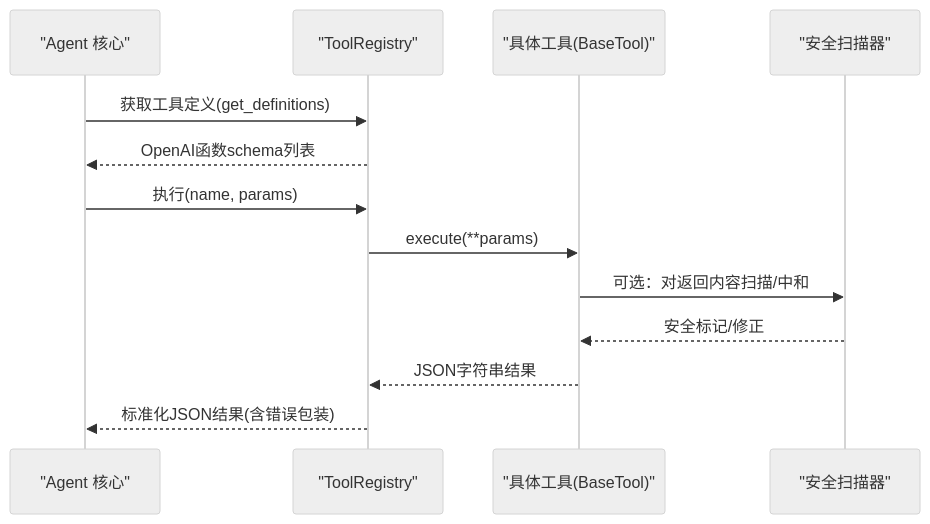
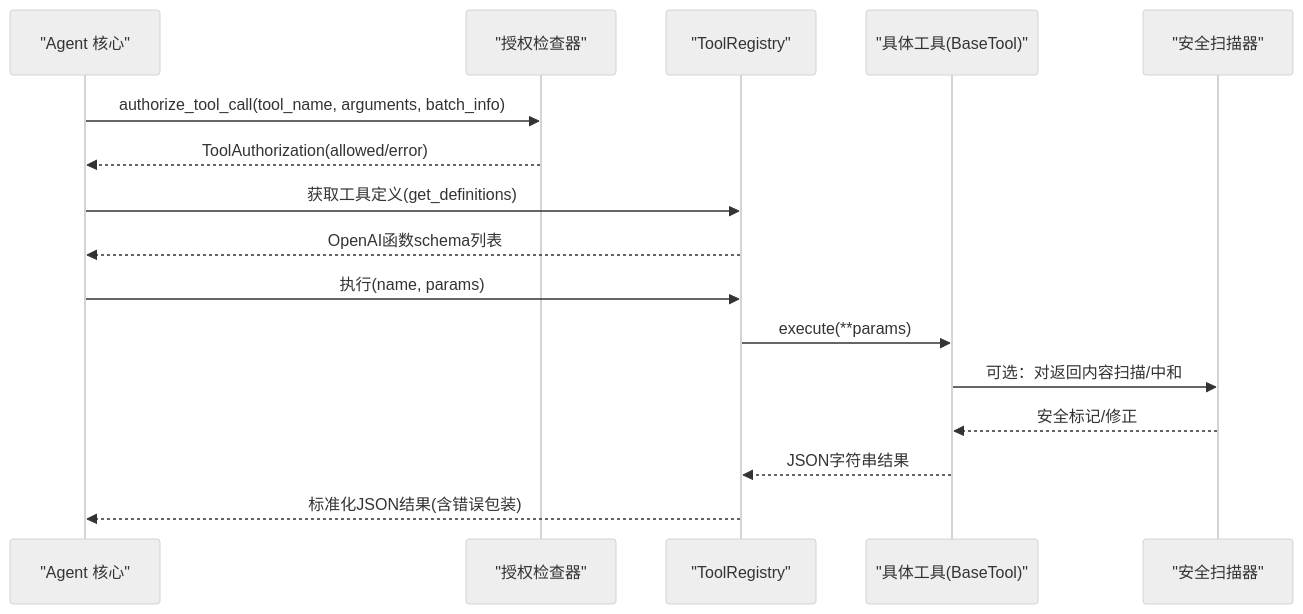
Before and after one commit to 20012002er/Vibe-Trading: the second of 7 diagrams in .qoder/repowiki/zh/content/AI代理系统/工具系统/工具系统.md, drawn with Mermaid (neutral theme). The commit also changed other lines of this file and 6 other files, not shown here.

````diff
--- a/.qoder/repowiki/zh/content/AI代理系统/工具系统/工具系统.md
+++ b/.qoder/repowiki/zh/content/AI代理系统/工具系统/工具系统.md
@@ -71,15 +83,18 @@
 ```mermaid
 sequenceDiagram
 participant Agent as "Agent 核心"
+participant Auth as "授权检查器"
 participant Reg as "ToolRegistry"
 participant Tool as "具体工具(BaseTool)"
 participant Sec as "安全扫描器"
+Agent->>Auth : authorize_tool_call(tool_name, arguments, batch_info)
+Auth-->>Agent : ToolAuthorization(allowed/error)
 Agent->>Reg : 获取工具定义(get_definitions)
 Reg-->>Agent : OpenAI函数schema列表
 Agent->>Reg : 执行(name, params)
 Reg->>Tool : execute(**params)
 Tool->>Sec : 可选：对返回内容扫描/中和
 Sec-->>Tool : 安全标记/修正
 Tool-->>Reg : JSON字符串结果
 Reg-->>Agent : 标准化JSON结果(含错误包装)
 ```
````
